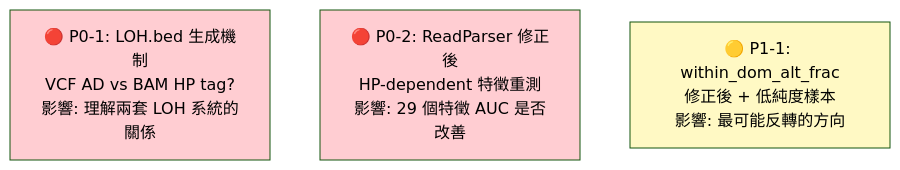
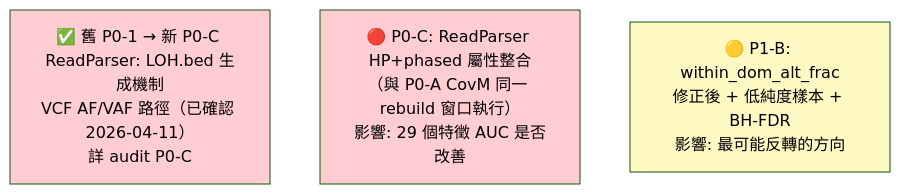
One commit to liaoyoyo/InterSubMod changed the sixth of 7 diagrams in docs/reports/research_landscape/06_結論穩定性審查.md. Above: the diagram before and after it, drawn with Mermaid (forest theme). The commit also changed other lines of this file and 44 other files, not shown here.

````diff
--- a/docs/reports/research_landscape/06_結論穩定性審查.md
+++ b/docs/reports/research_landscape/06_結論穩定性審查.md
@@ -386,10 +483,10 @@
 ```mermaid
 graph TB
-    V1["🔴 P0-1: LOH.bed 生成機制<br/>VCF AD vs BAM HP tag?<br/>影響: 理解兩套 LOH 系統的關係"]
-    V2["🔴 P0-2: ReadParser 修正後<br/>HP-dependent 特徵重測<br/>影響: 29 個特徵 AUC 是否改善"]
-    V3["🟡 P1-1: within_dom_alt_frac<br/>修正後 + 低純度樣本<br/>影響: 最可能反轉的方向"]
+    V1["✅ 舊 P0-1 → 新 P0-C ReadParser: LOH.bed 生成機制<br/>VCF AF/VAF 路徑（已確認 2026-04-11）<br/>詳 audit P0-C"]
+    V2["🔴 P0-C: ReadParser HP+phased 屬性整合<br/>（與 P0-A CovM 同一 rebuild 窗口執行）<br/>影響: 29 個特徵 AUC 是否改善"]
+    V3["🟡 P1-B: within_dom_alt_frac<br/>修正後 + 低純度樣本 + BH-FDR<br/>影響: 最可能反轉的方向"]
 
     style V1 fill:#ffcdd2
     style V2 fill:#ffcdd2
     style V3 fill:#fff9c4
 ```
````
